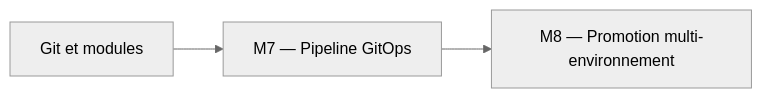
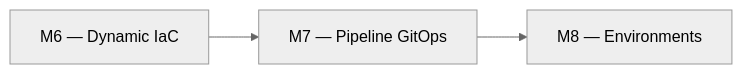
One commit to msellamiTN/Snowflake-terraform changed the first of 2 diagrams in courses/day-02/module-07-cicd-pipeline/lab.md. Above: the diagram before and after it, drawn with Mermaid (neutral theme). The commit also changed other lines of this file and 10 other files, not shown here.

````diff
--- a/courses/day-02/module-07-cicd-pipeline/lab.md
+++ b/courses/day-02/module-07-cicd-pipeline/lab.md
@@ -15,5 +18,5 @@
 ```mermaid
 flowchart LR
-    CODE[Git et modules] --> M7[M7 — Pipeline GitOps]
-    M7 --> M8[M8 — Promotion multi-environnement]
+    M6[M6 — Dynamic IaC] --> M7[M7 — Pipeline GitOps]
+    M7 --> M8[M8 — Environments]
 ```
````
